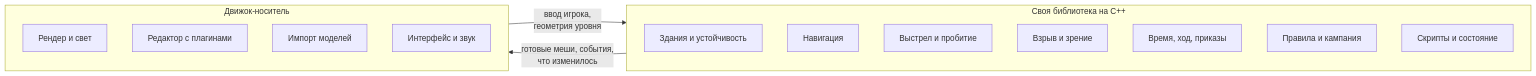
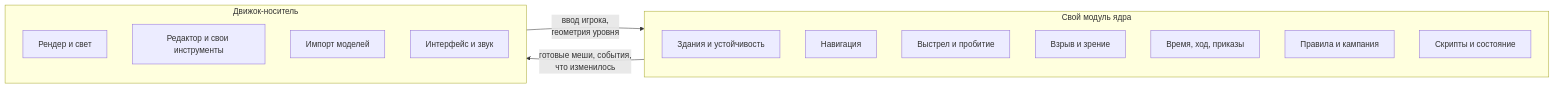
Before and after one commit to droidoid/Silent-Storm: the diagram in docs/SilentStorm A5 Engine Study/Доклад/Доклад — что забираем и куда.md, drawn with Mermaid. The commit also changed other lines of this file and 6 other files, not shown here.

````diff
--- a/docs/SilentStorm A5 Engine Study/Доклад/Доклад — что забираем и куда.md
+++ b/docs/SilentStorm A5 Engine Study/Доклад/Доклад — что забираем и куда.md
@@ -49,20 +49,20 @@
 ```mermaid
 flowchart LR
-  subgraph core["Своя библиотека на C++"]
+  subgraph core["Свой модуль ядра"]
     B[Здания и устойчивость]
     N[Навигация]
     S[Выстрел и пробитие]
     V[Взрыв и зрение]
     T[Время, ход, приказы]
     R[Правила и кампания]
     L[Скрипты и состояние]
   end
   subgraph host["Движок-носитель"]
     G[Рендер и свет]
-    E[Редактор с плагинами]
+    E[Редактор и свои инструменты]
     I[Импорт моделей]
     U[Интерфейс и звук]
   end
   core -- "готовые меши, события,<br/>что изменилось" --> host
   host -- "ввод игрока,<br/>геометрия уровня" --> core
 ```
````
